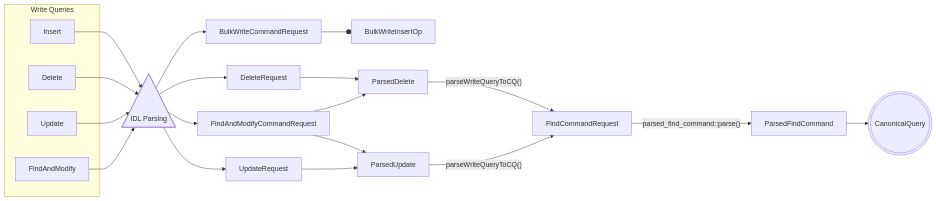
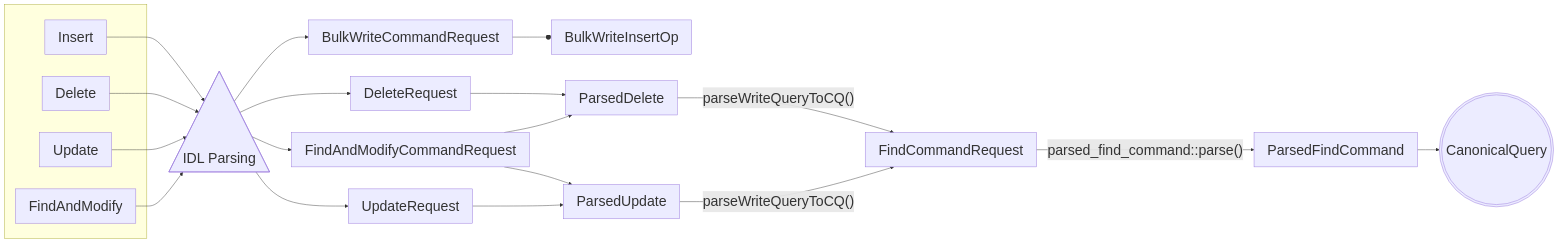
Before and after one commit to MitsukiSUGITA/my_mongoDB: the third of 3 diagrams in src/mongo/db/commands/query_cmd/README.md, drawn with Mermaid. The commit also changed other lines of this file and 8 other files, not shown here.

````diff
--- a/src/mongo/db/commands/query_cmd/README.md
+++ b/src/mongo/db/commands/query_cmd/README.md
@@ -213,25 +221,30 @@
 ```mermaid
+---
+config:
+  themeVariables:
+    fontSize: 32px
+---
 flowchart LR
- subgraph s3["Write Queries"]
+ subgraph s3[" "]
         n6["Insert"]
         n7["Delete"]
         n8["Update"]
         n9["FindAndModify"]
   end
     n11["FindCommandRequest"] -- "parsed_find_command::parse()" --> n13["ParsedFindCommand"]
     n13 --> n17["CanonicalQuery"]
     n6 --> n31["IDL Parsing"]
     n7 --> n31
     n8 --> n31
     n9 --> n31
     n31 --> n32["BulkWriteCommandRequest"] & n34["DeleteRequest"] & n35["UpdateRequest"] & n39["FindAndModifyCommandRequest"]
     n32 --o n33["BulkWriteInsertOp"]
     n34 --> n36["ParsedDelete"]
     n39 --> n37["ParsedUpdate"] & n36
     n35 --> n37
     n36 -- "parseWriteQueryToCQ()" --> n11
     n37 -- "parseWriteQueryToCQ()" --> n11
 
     n17@{ shape: dbl-circ}
     n31@{ shape: extract}
 ```
````
